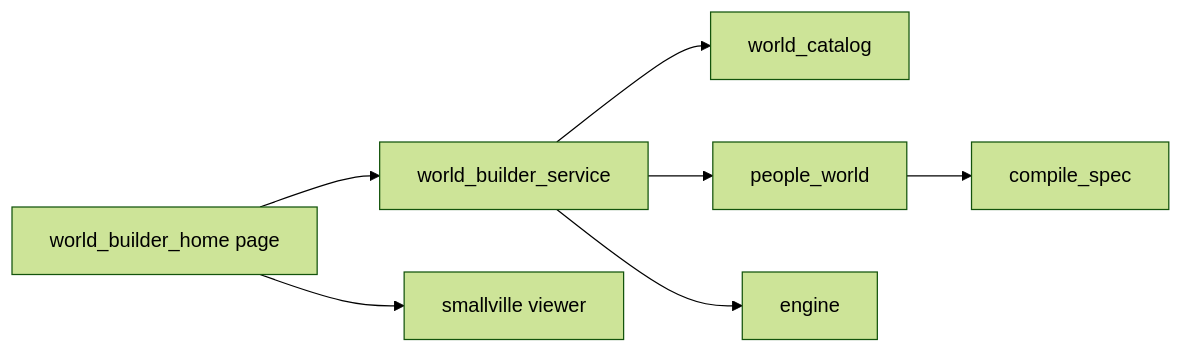
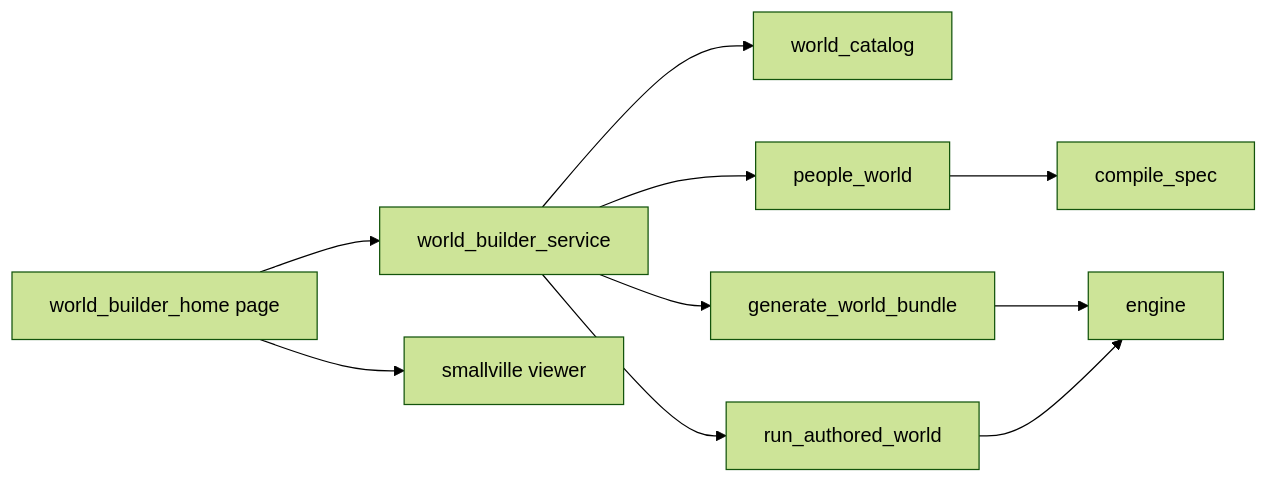
One commit to BrianMills2718/world-substrate changed the diagram in docs/model/system-map.md. Above: the diagram before and after it, drawn with Mermaid (forest theme). The commit also changed other lines of this file and 6 other files, not shown here.

````diff
--- a/docs/model/system-map.md
+++ b/docs/model/system-map.md
@@ -5,9 +5,12 @@
 ```mermaid
 flowchart LR
   page[world_builder_home page] --> service[world_builder_service]
   service --> catalog[world_catalog]
   service --> people[people_world]
   people --> compile[compile_spec]
-  service --> engine[engine]
+  bundle --> engine
+  service --> run[run_authored_world]
+  service --> bundle[generate_world_bundle]
+  run --> engine[engine]
   page --> viewer[smallville viewer]
 ```
````
